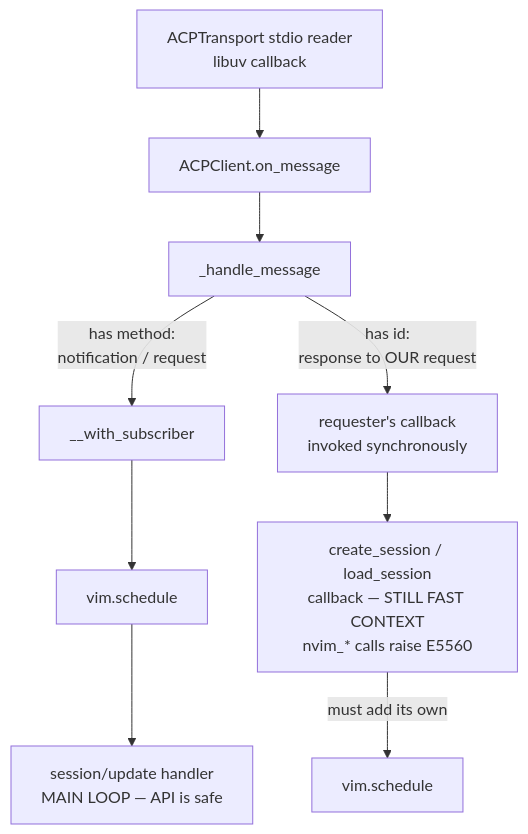
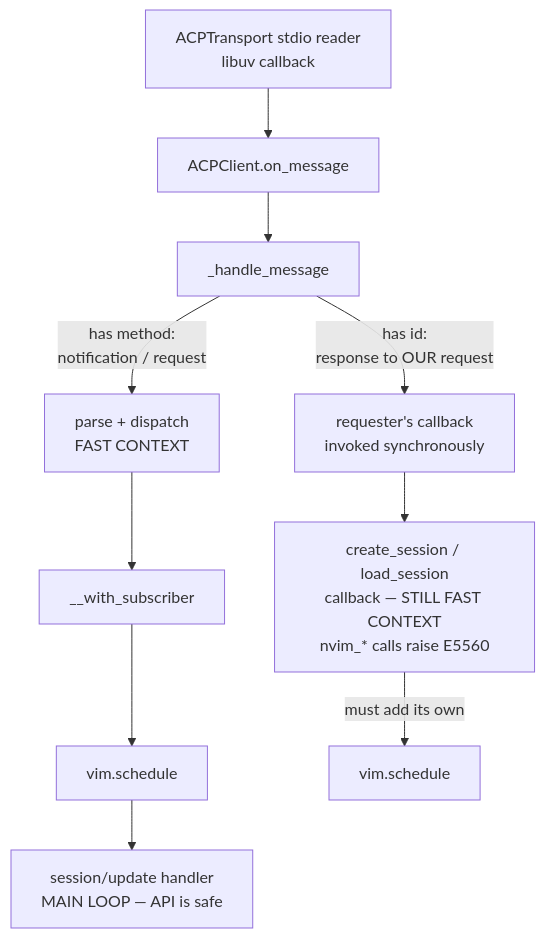
One commit to carlos-algms/agentic.nvim changed the diagram in lua/agentic/acp/AGENTS.md. Above: the diagram before and after it, drawn with Mermaid. The commit also changed other lines of this file and 14 other files, not shown here.

````diff
--- a/lua/agentic/acp/AGENTS.md
+++ b/lua/agentic/acp/AGENTS.md
@@ -66,14 +67,15 @@
 ```mermaid
 flowchart TD
     R["ACPTransport stdio reader<br/>libuv callback"] --> OM["ACPClient.on_message"]
     OM --> HM["_handle_message"]
 
-    HM -->|"has method:<br/>notification / request"| WS["__with_subscriber"]
+    HM -->|"has method:<br/>notification / request"| PARSE["parse + dispatch<br/>FAST CONTEXT"]
+    PARSE --> WS["__with_subscriber"]
     HM -->|"has id:<br/>response to OUR request"| CB["requester's callback<br/>invoked synchronously"]
 
     WS --> SCHED["vim.schedule"]
     SCHED --> H["session/update handler<br/>MAIN LOOP — API is safe"]
 
     CB --> FAST["create_session / load_session<br/>callback — STILL FAST CONTEXT<br/>nvim_* calls raise E5560"]
     FAST -->|"must add its own"| OWN["vim.schedule"]
 ```
````
